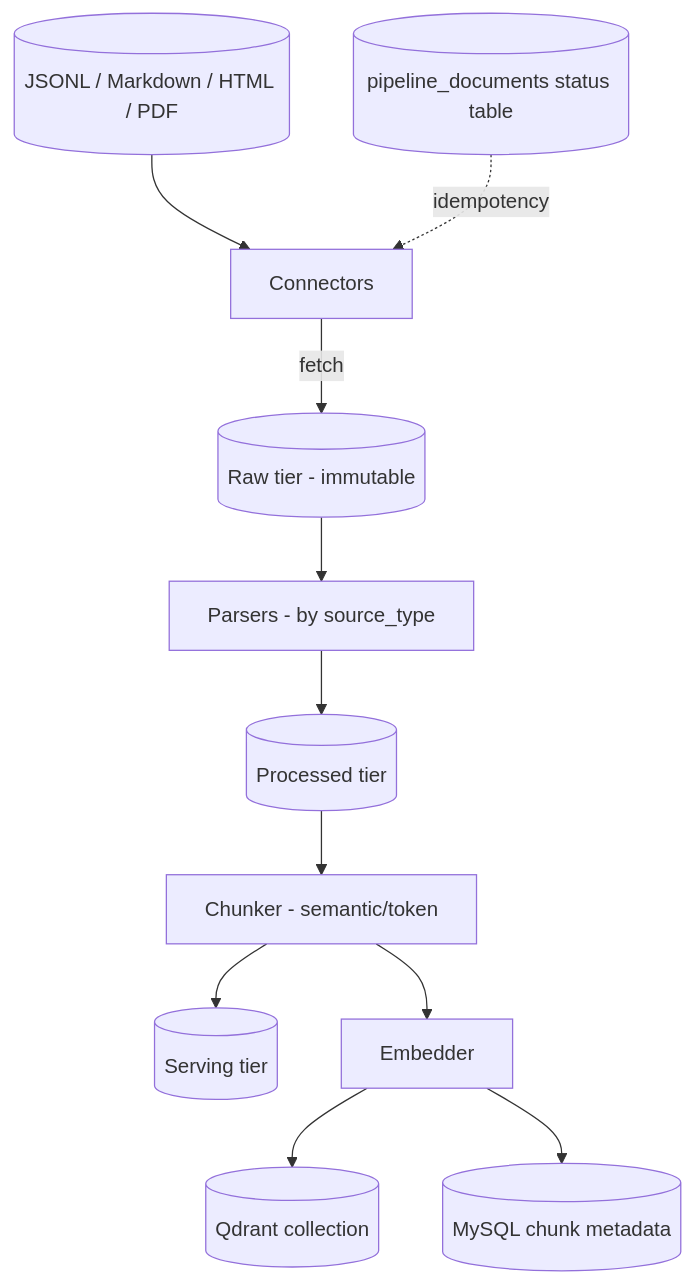
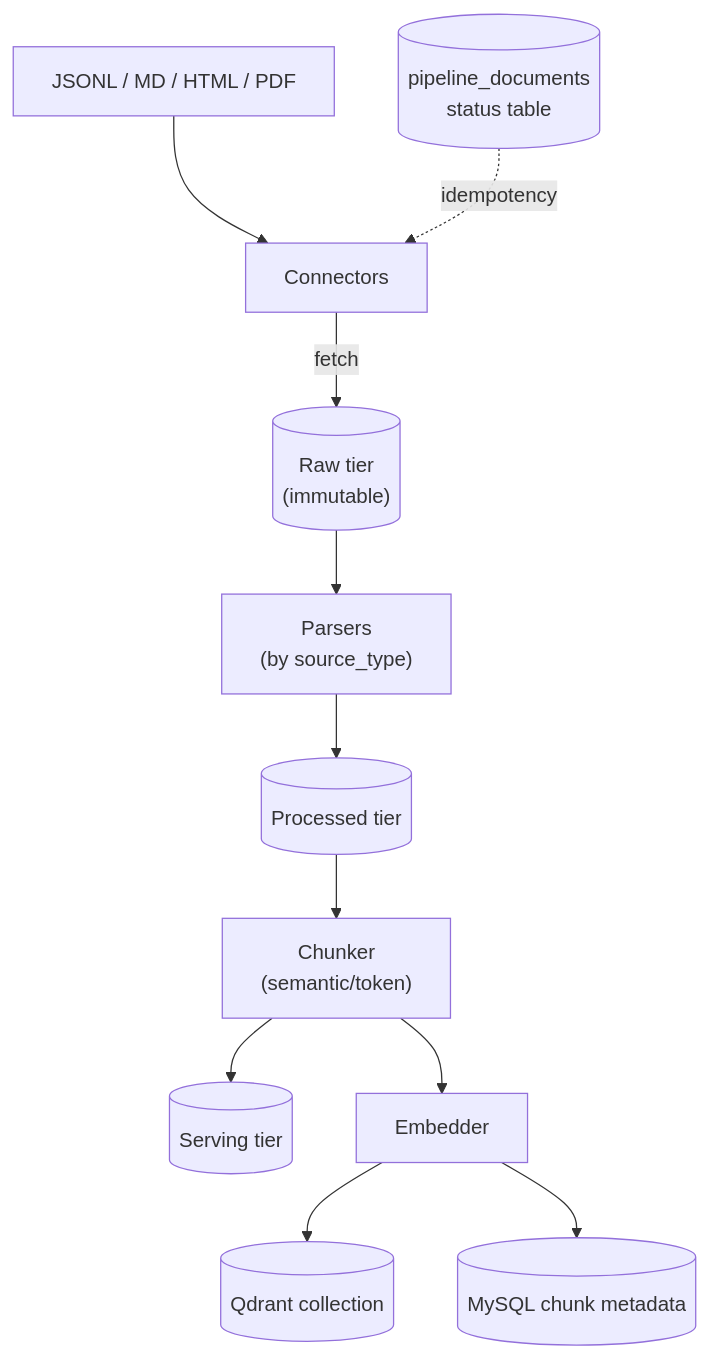
The first of 2 diagrams in README.md (NMCuonG08/Chatbot-Legal-RAG), drawn with Mermaid before and after one commit. The commit also changed other lines of this file, not shown here.

Commit message:
docs: adjust mermaid formatting to prevent text truncation

````diff
--- a/README.md
+++ b/README.md
@@ -14,13 +14,13 @@
 ```mermaid
 graph TD
-    Dir[(JSONL / Markdown / HTML / PDF)] --> Conn[Connectors]
-    Conn -->|fetch| Raw[(Raw tier - immutable)]
-    Raw --> Parse[Parsers - by source_type]
-    Parse --> Proc[(Processed tier)]
-    Proc --> Chunk[Chunker - semantic/token]
-    Chunk --> Serv[(Serving tier)]
+    Dir["JSONL / MD / HTML / PDF"] --> Conn[Connectors]
+    Conn -->|fetch| Raw[("Raw tier<br/>(immutable)")]
+    Raw --> Parse["Parsers<br/>(by source_type)"]
+    Parse --> Proc[("Processed tier")]
+    Proc --> Chunk["Chunker<br/>(semantic/token)"]
+    Chunk --> Serv[("Serving tier")]
     Chunk --> Emb[Embedder]
-    Emb --> Q1[(Qdrant collection)]
-    Emb --> Q2[(MySQL chunk metadata)]
-    State[(pipeline_documents status table)] -.->|idempotency| Conn
+    Emb --> Q1[("Qdrant collection")]
+    Emb --> Q2[("MySQL chunk metadata")]
+    State[("pipeline_documents<br/>status table")] -.->|idempotency| Conn
 ```
````
